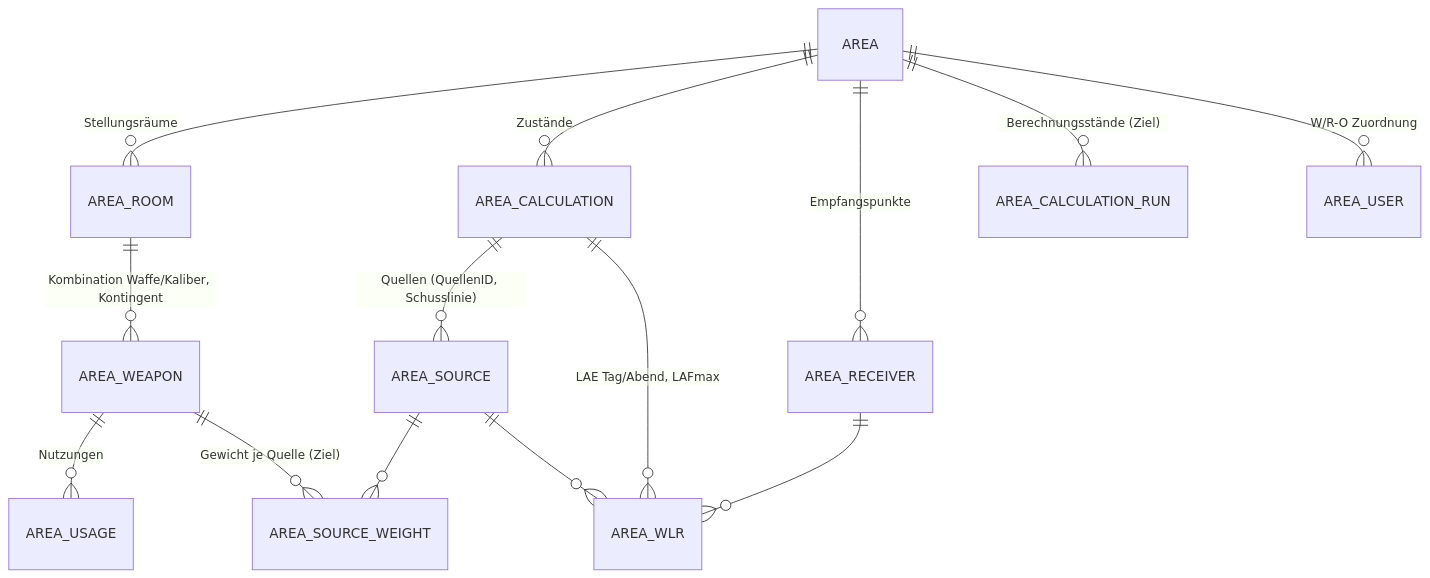
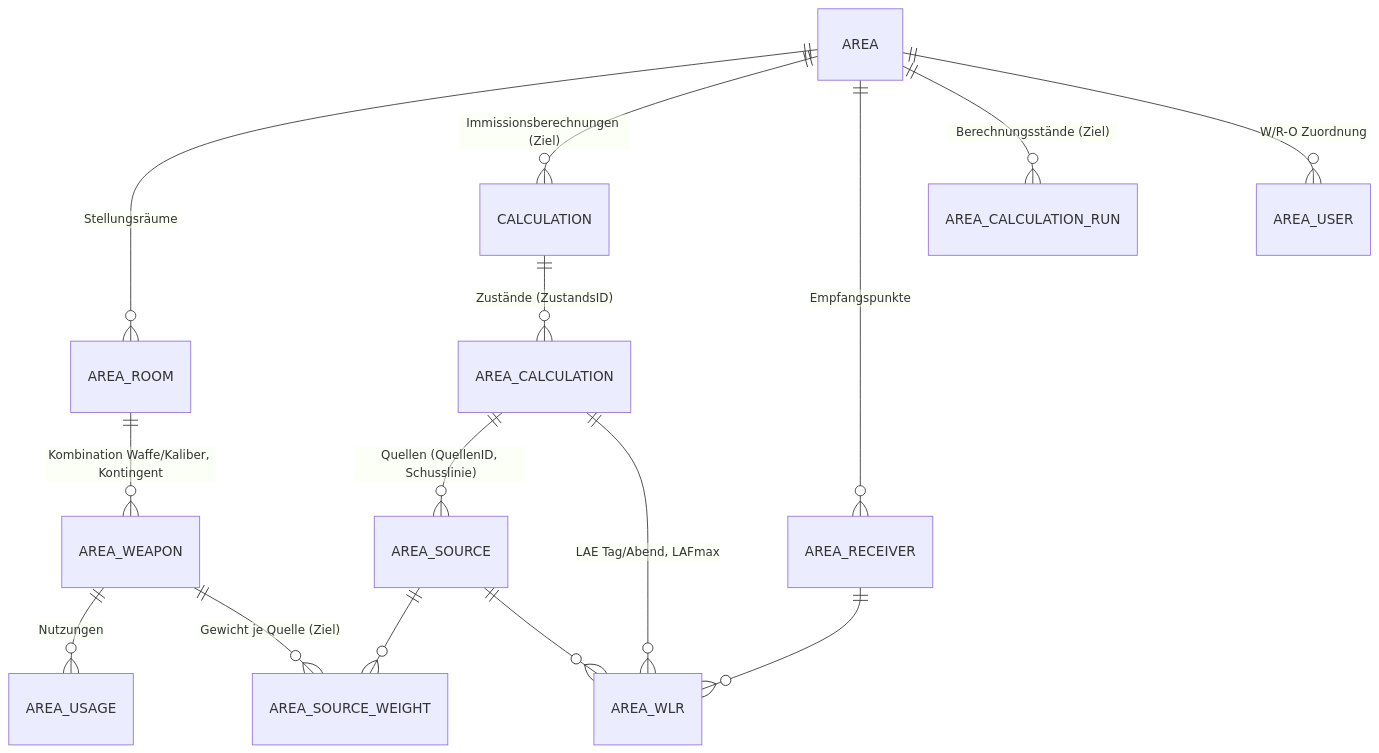
The second of 5 diagrams in docs/anforderungskatalog/C2-Loesungskonzept-SLIM.md (WeslleyDeSouza/slim-shooting-range-noise-management), drawn with Mermaid before and after one commit. The commit also changed other lines of this file and 5 other files, not shown here.

````diff
--- a/docs/anforderungskatalog/C2-Loesungskonzept-SLIM.md
+++ b/docs/anforderungskatalog/C2-Loesungskonzept-SLIM.md
@@ -81,16 +83,18 @@
 ```mermaid width=78%
+%% logische Klassennamen; physische Tabellen deutsch (slm 51)
 erDiagram
   AREA ||--o{ AREA_ROOM : "Stellungsräume"
   AREA_ROOM ||--o{ AREA_WEAPON : "Kombination Waffe/Kaliber, Kontingent"
   AREA_WEAPON ||--o{ AREA_USAGE : "Nutzungen"
-  AREA ||--o{ AREA_CALCULATION : "Zustände"
+  AREA ||--o{ CALCULATION : "Immissionsberechnungen (Ziel)"
+  CALCULATION ||--o{ AREA_CALCULATION : "Zustände (ZustandsID)"
   AREA_CALCULATION ||--o{ AREA_SOURCE : "Quellen (QuellenID, Schusslinie)"
   AREA_WEAPON ||--o{ AREA_SOURCE_WEIGHT : "Gewicht je Quelle (Ziel)"
   AREA_SOURCE ||--o{ AREA_SOURCE_WEIGHT : ""
   AREA ||--o{ AREA_RECEIVER : "Empfangspunkte"
   AREA_CALCULATION ||--o{ AREA_WLR : "LAE Tag/Abend, LAFmax"
   AREA_RECEIVER ||--o{ AREA_WLR : ""
   AREA_SOURCE ||--o{ AREA_WLR : ""
   AREA ||--o{ AREA_CALCULATION_RUN : "Berechnungsstände (Ziel)"
   AREA ||--o{ AREA_USER : "W/R-O Zuordnung"
 ```
````
